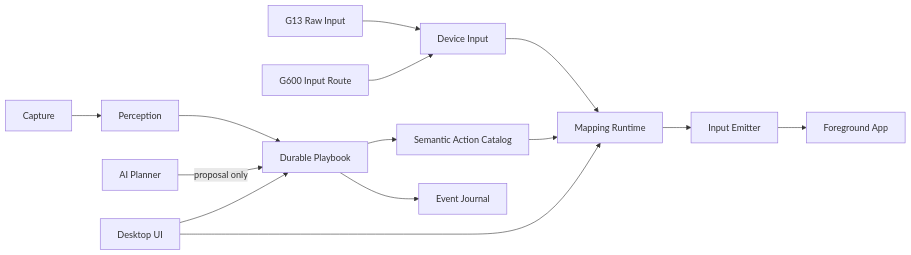
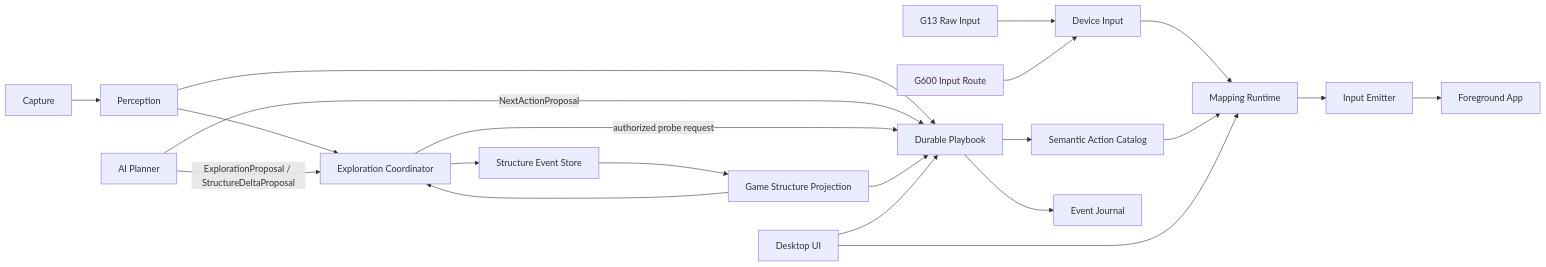
The first of 2 diagrams in docs/development-plan.md (quolu/OpenLogicool), drawn with Mermaid before and after one commit. The commit also changed other lines of this file and 2 other files, not shown here.

```diff
--- a/docs/development-plan.md
+++ b/docs/development-plan.md
@@ -415,17 +450,24 @@
 ~~~mermaid
 flowchart LR
     G13["G13 Raw Input"] --> DI["Device Input"]
     G600["G600 Input Route"] --> DI
     DI --> MR["Mapping Runtime"]
     MR --> IE["Input Emitter"]
     IE --> APP["Foreground App"]
 
     CAP["Capture"] --> PER["Perception"]
     PER --> PB["Durable Playbook"]
-    AI["AI Planner"] -->|proposal only| PB
+    PER --> EX["Exploration Coordinator"]
+    AI["AI Planner"] -->|NextActionProposal| PB
+    AI -->|ExplorationProposal / StructureDeltaProposal| EX
+    EX -->|authorized probe request| PB
+    EX --> SE["Structure Event Store"]
+    SE --> GS["Game Structure Projection"]
+    GS --> EX
+    GS --> PB
     PB --> AC["Semantic Action Catalog"]
     AC --> MR
     PB --> J["Event Journal"]
     UI["Desktop UI"] --> PB
     UI --> MR
 ~~~
```
